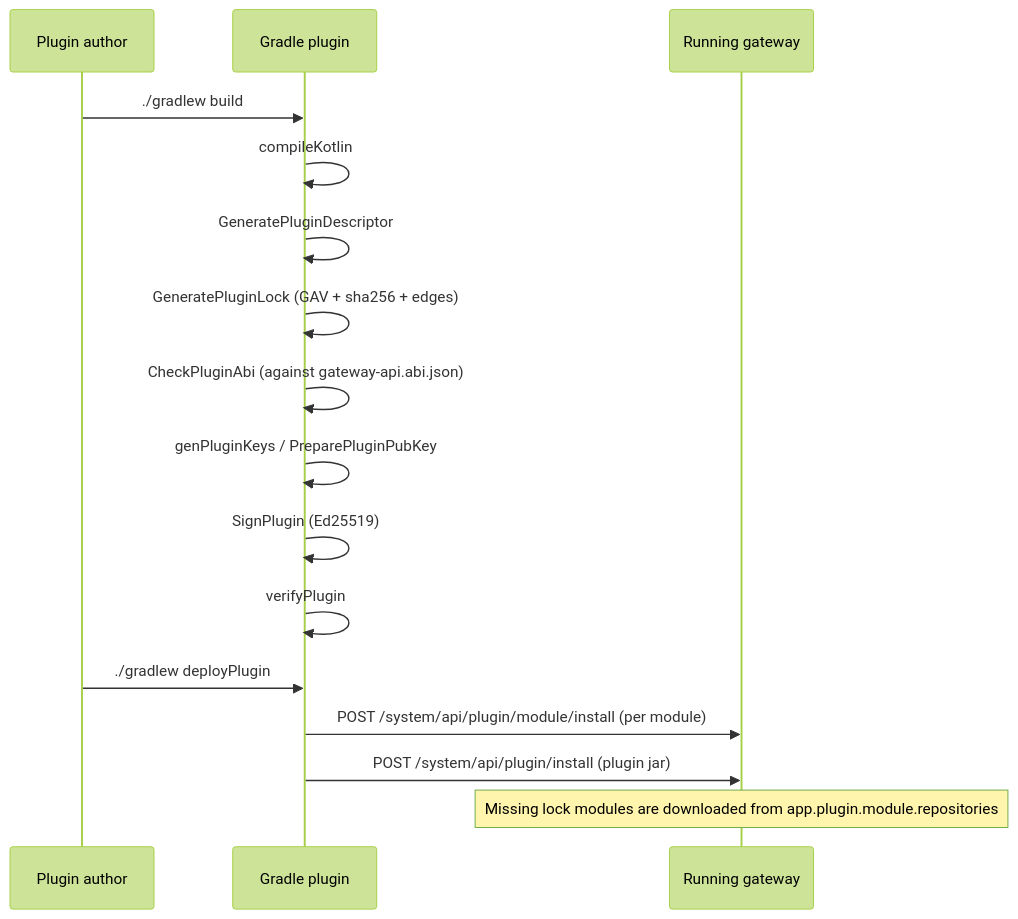
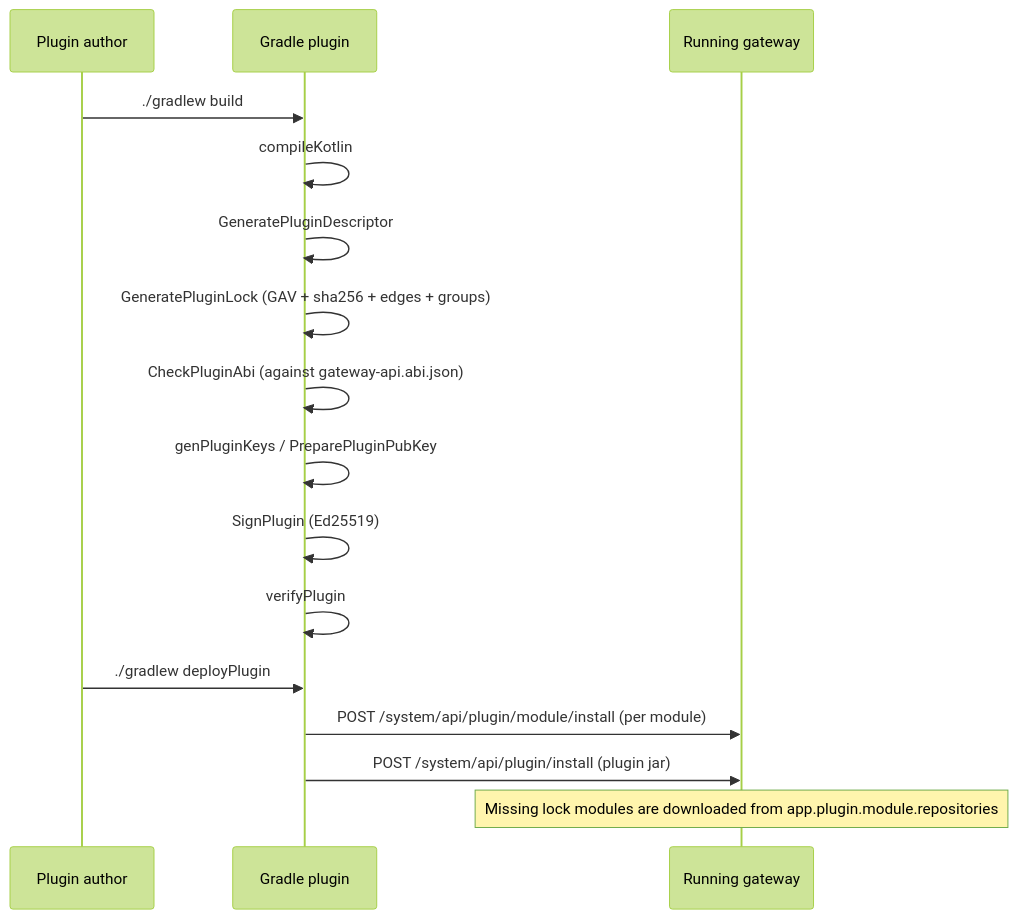
The second of 8 diagrams in docs/plugin-platform.md (FatttSnake/api-management), drawn with Mermaid (forest theme) before and after one commit. The commit also changed other lines of this file and 20 other files, not shown here.

````diff
--- a/docs/plugin-platform.md
+++ b/docs/plugin-platform.md
@@ -113,20 +113,20 @@
 ```mermaid
 sequenceDiagram
     participant Dev as Plugin author
     participant G as Gradle plugin
     participant GW as Running gateway
 
     Dev->>G: ./gradlew build
     G->>G: compileKotlin
     G->>G: GeneratePluginDescriptor
-    G->>G: GeneratePluginLock (GAV + sha256 + edges)
+    G->>G: GeneratePluginLock (GAV + sha256 + edges + groups)
     G->>G: CheckPluginAbi (against gateway-api.abi.json)
     G->>G: genPluginKeys / PreparePluginPubKey
     G->>G: SignPlugin (Ed25519)
     G->>G: verifyPlugin
 
     Dev->>G: ./gradlew deployPlugin
     G->>GW: POST /system/api/plugin/module/install (per module)
     G->>GW: POST /system/api/plugin/install (plugin jar)
     Note over GW: Missing lock modules are downloaded from app.plugin.module.repositories
 ```
````
